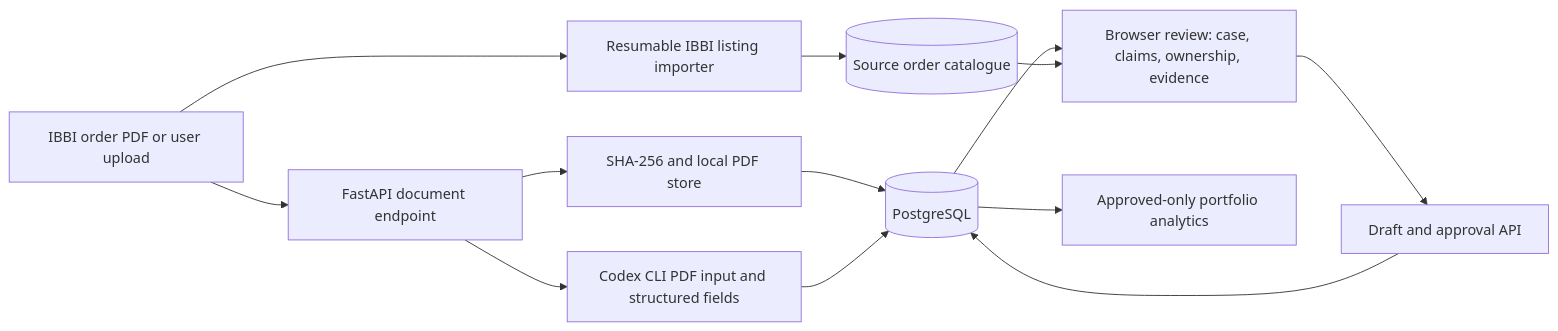
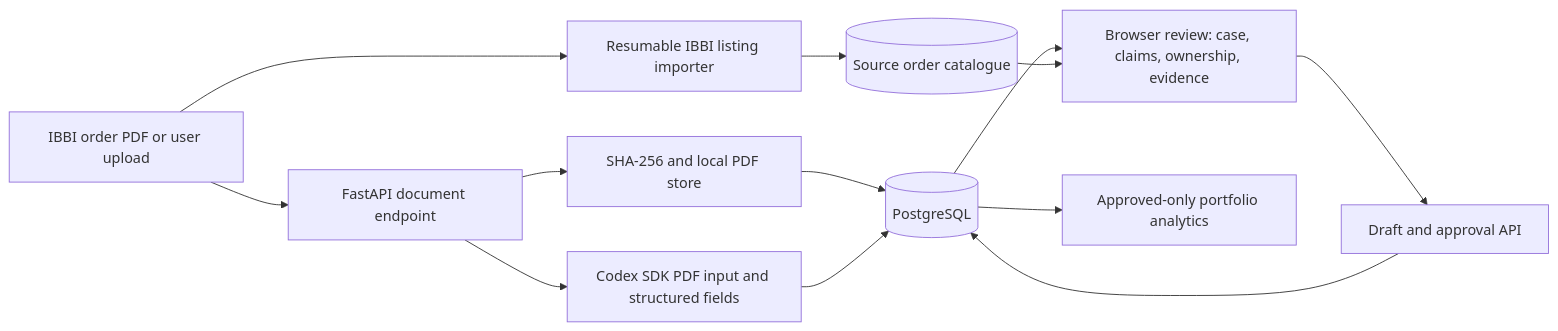
Before and after one commit to sahilgarg01/ibc: the diagram in docs/architecture.md, drawn with Mermaid. The commit also changed other lines of this file and 15 other files, not shown here.

Commit message:
change for codex sdk

````diff
--- a/docs/architecture.md
+++ b/docs/architecture.md
@@ -5,15 +5,15 @@
 ```mermaid
 flowchart LR
     A[IBBI order PDF or user upload] --> B[FastAPI document endpoint]
     B --> C[SHA-256 and local PDF store]
-    B --> D[Codex CLI PDF input and structured fields]
+    B --> D[Codex SDK PDF input and structured fields]
     C --> E[(PostgreSQL)]
     D --> E
     E --> F[Browser review: case, claims, ownership, evidence]
     F --> G[Draft and approval API]
     G --> E
     E --> H[Approved-only portfolio analytics]
     A --> I[Resumable IBBI listing importer]
     I --> J[(Source order catalogue)]
     J --> F
 ```
````
